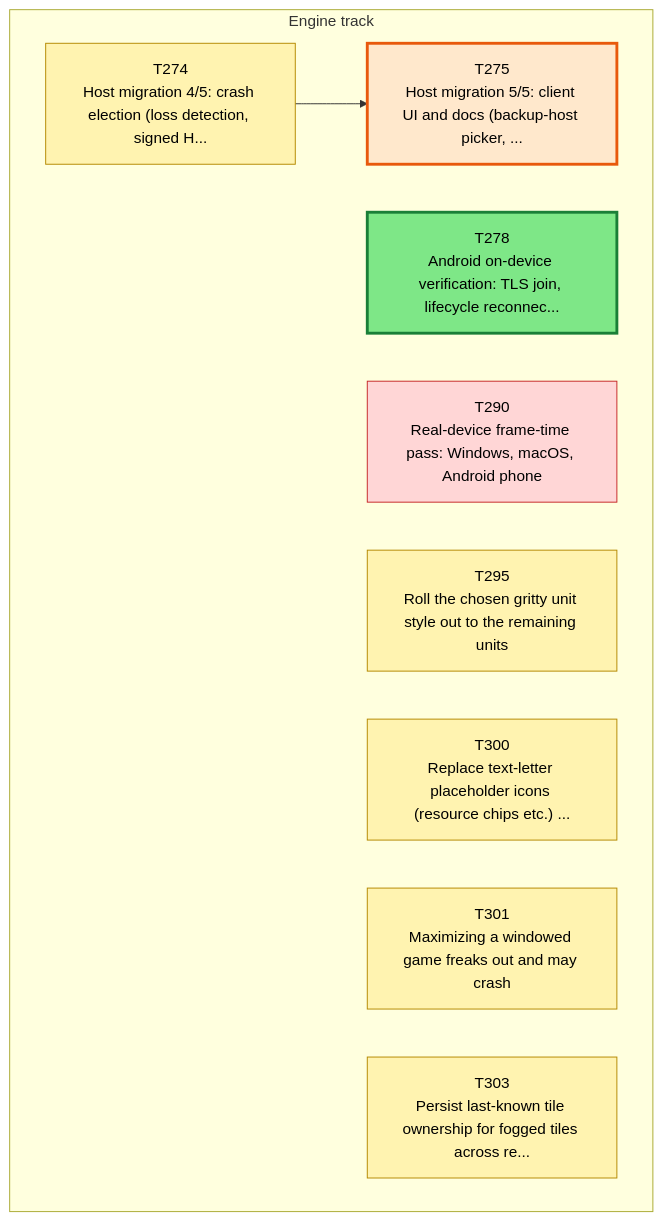
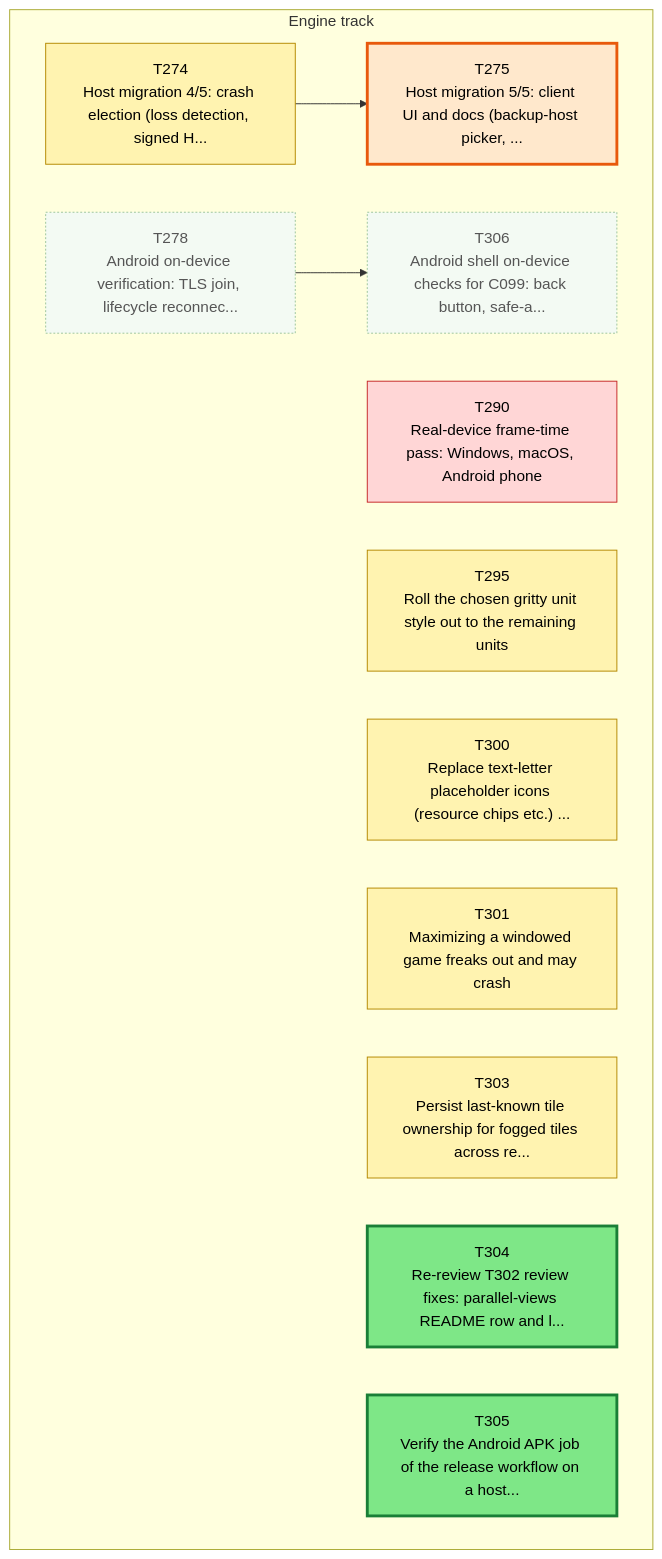
The first of 3 diagrams in csharp/migration/DEPENDENCY_MAP.md (Kenmura/Unciv), drawn with Mermaid before and after one commit. The commit also changed other lines of this file and 4 other files, not shown here.

````diff
--- a/csharp/migration/DEPENDENCY_MAP.md
+++ b/csharp/migration/DEPENDENCY_MAP.md
@@ -35,29 +35,36 @@
 ```mermaid
 flowchart TD
   subgraph TTRACK["Engine track"]
     T274["T274<br/>Host migration 4/5: crash election (loss detection, signed H..."]
     T275["T275<br/>Host migration 5/5: client UI and docs (backup-host picker, ..."]
     T278["T278<br/>Android on-device verification: TLS join, lifecycle reconnec..."]
     T290["T290<br/>Real-device frame-time pass: Windows, macOS, Android phone"]
     T295["T295<br/>Roll the chosen gritty unit style out to the remaining units"]
     T300["T300<br/>Replace text-letter placeholder icons (resource chips etc.) ..."]
     T301["T301<br/>Maximizing a windowed game freaks out and may crash"]
     T303["T303<br/>Persist last-known tile ownership for fogged tiles across re..."]
+    T304["T304<br/>Re-review T302 review fixes: parallel-views README row and l..."]
+    T305["T305<br/>Verify the Android APK job of the release workflow on a host..."]
+    T306["T306<br/>Android shell on-device checks for C099: back button, safe-a..."]
   end
   T274 --> T275
+  T278 --> T306
   classDef waiting fill:#f3faf3,stroke:#9bc49b,color:#555,stroke-dasharray:2 2
   classDef ondeck fill:#ffe8cc,stroke:#e8590c,stroke-width:3px,color:#000
   classDef ready fill:#7ee787,stroke:#1a7f37,stroke-width:3px,color:#000
   classDef prog fill:#fff3b0,stroke:#b58900,color:#000
   classDef review fill:#cfe4ff,stroke:#1f6feb,color:#000
   classDef blocked fill:#ffd6d6,stroke:#c62828,color:#000
   classDef done fill:#eeeeee,stroke:#999999,color:#666,stroke-dasharray:4 3
   class T274 prog
   class T275 ondeck
-  class T278 ready
+  class T278 waiting
   class T290 blocked
   class T295 prog
   class T300 prog
   class T301 prog
   class T303 prog
+  class T304 ready
+  class T305 ready
+  class T306 waiting
 ```
````
